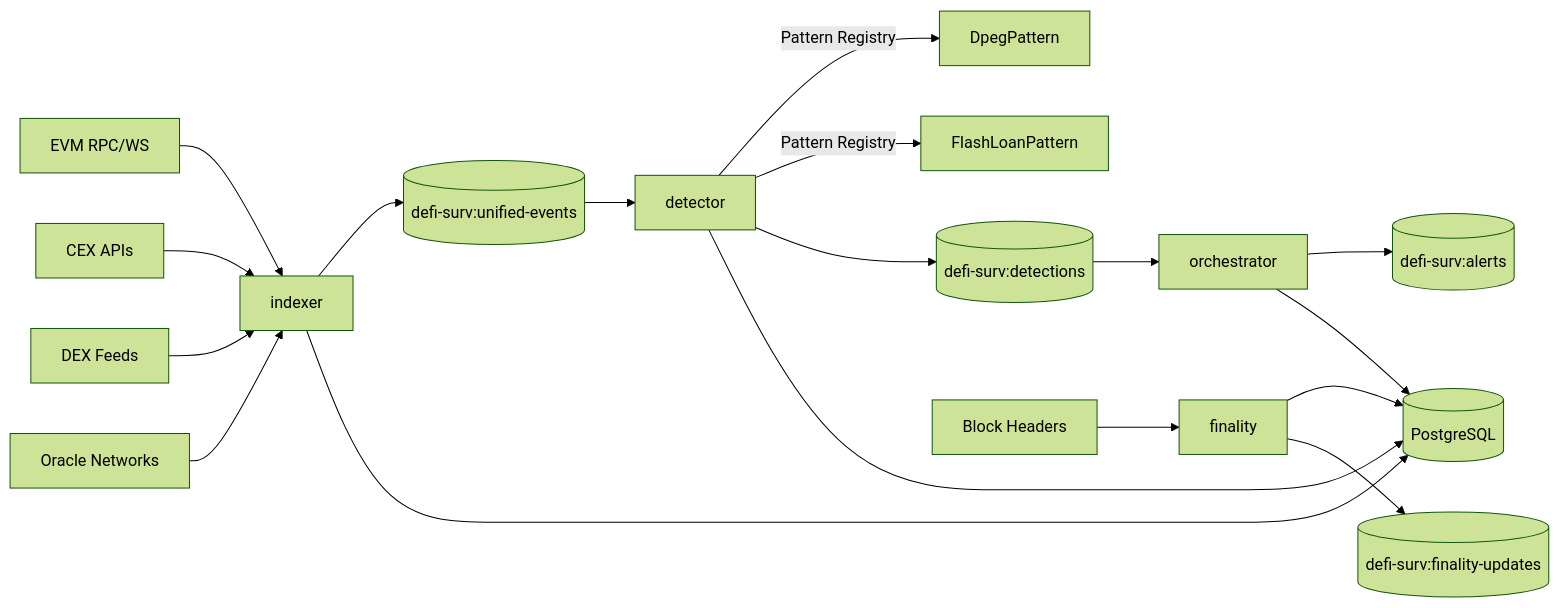
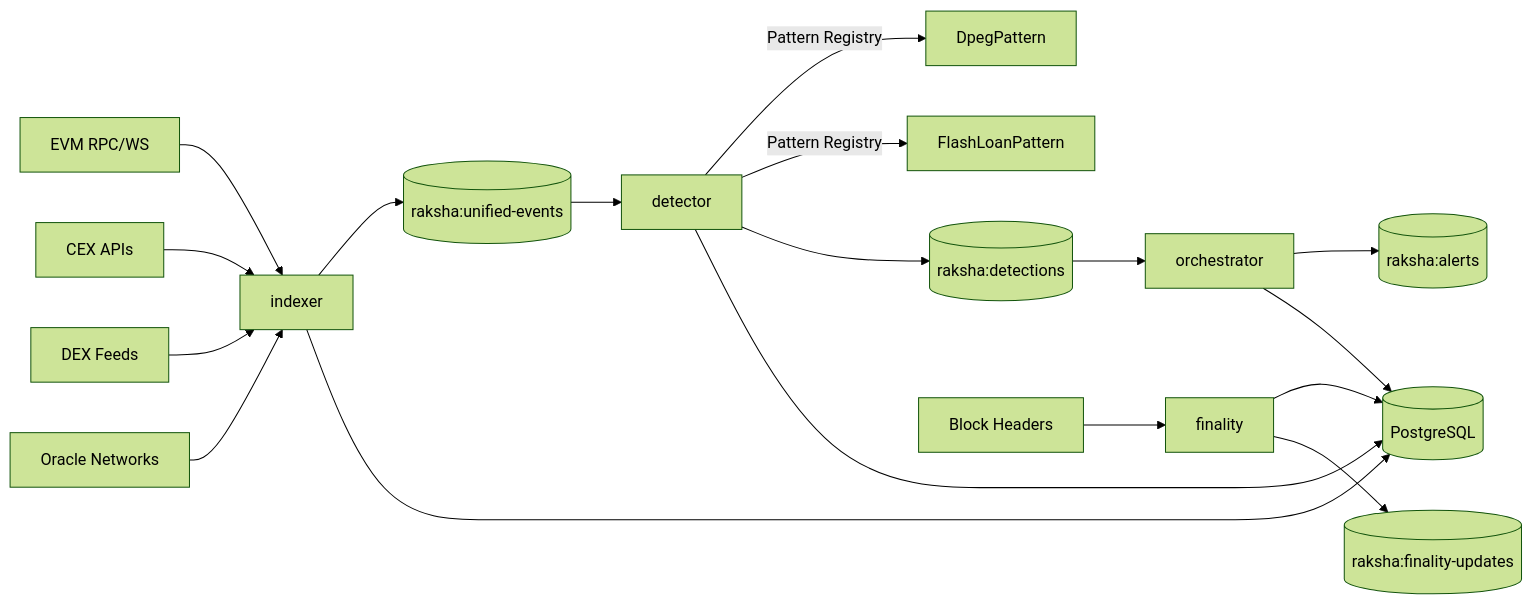
The diagram in docs/ARCHITECTURE.md (raksha-labs/raksha-core), drawn with Mermaid (forest theme) before and after one commit. The commit also changed other lines of this file and 52 other files, not shown here.

First line of the commit message:
Refactor project from "defi-surv" to "raksha"

````diff
--- a/docs/ARCHITECTURE.md
+++ b/docs/ARCHITECTURE.md
@@ -40,26 +40,26 @@
 ```mermaid
 flowchart LR
   EVM[EVM RPC/WS] --> IDX[indexer]
   CEX[CEX APIs] --> IDX
   DEX[DEX Feeds] --> IDX
   ORACLE[Oracle Networks] --> IDX
   
-  IDX --> UNIFIED[(defi-surv:unified-events)]
+  IDX --> UNIFIED[(raksha:unified-events)]
   
   UNIFIED --> DET[detector]
   DET --> |Pattern Registry| DPEG[DpegPattern]
   DET --> |Pattern Registry| FL[FlashLoanPattern]
   
-  DET --> DETS[(defi-surv:detections)]
+  DET --> DETS[(raksha:detections)]
   
   DETS --> ORCH[orchestrator]
-  ORCH --> ALERTS[(defi-surv:alerts)]
+  ORCH --> ALERTS[(raksha:alerts)]
   
   IDX --> PG[(PostgreSQL)]
   DET --> PG
   ORCH --> PG
   FIN --> PG
   
   HEADERS[Block Headers] --> FIN[finality]
-  FIN --> FUPDATES[(defi-surv:finality-updates)]
+  FIN --> FUPDATES[(raksha:finality-updates)]
 ```
````
